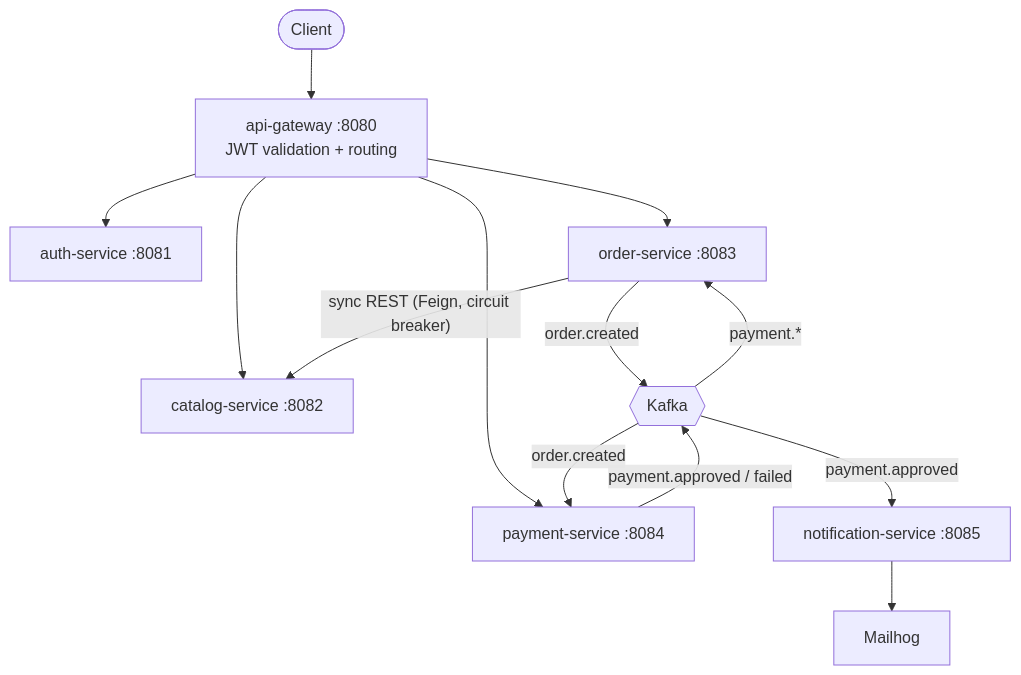
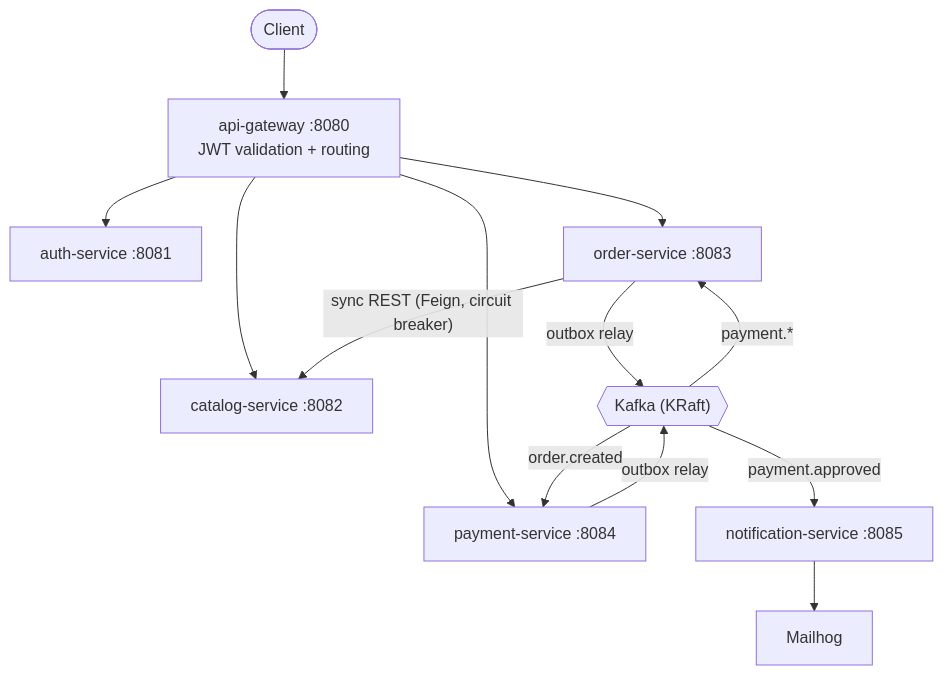
One commit to 203marcos/orderhub changed the diagram in README.md. Above: the diagram before and after it, drawn with Mermaid. The commit also changed other lines of this file and 2 other files, not shown here.

First line of the commit message:
docs: describe outbox, idempotency, DLT and kraft

````diff
--- a/README.md
+++ b/README.md
@@ -9,16 +9,16 @@
 ```mermaid
 flowchart TB
     client([Client]) --> gw["api-gateway :8080<br/>JWT validation + routing"]
     gw --> auth[auth-service :8081]
     gw --> catalog[catalog-service :8082]
     gw --> order[order-service :8083]
     gw --> payment[payment-service :8084]
 
     order -- "sync REST (Feign, circuit breaker)" --> catalog
-    order -- "order.created" --> kafka{{Kafka}}
+    order -- "outbox relay" --> kafka{{"Kafka (KRaft)"}}
     kafka -- "order.created" --> payment
-    payment -- "payment.approved / failed" --> kafka
+    payment -- "outbox relay" --> kafka
     kafka -- "payment.*" --> order
     kafka -- "payment.approved" --> notif[notification-service :8085]
     notif --> mail[Mailhog]
 ```
````
